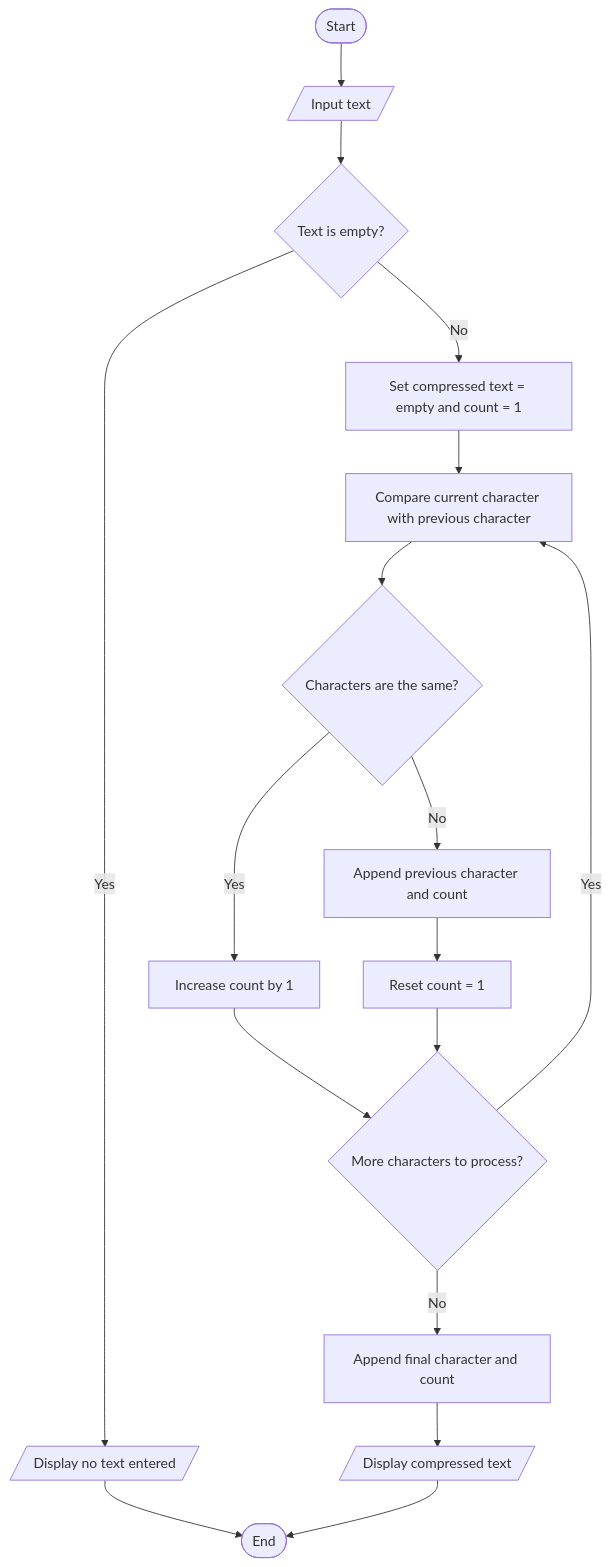
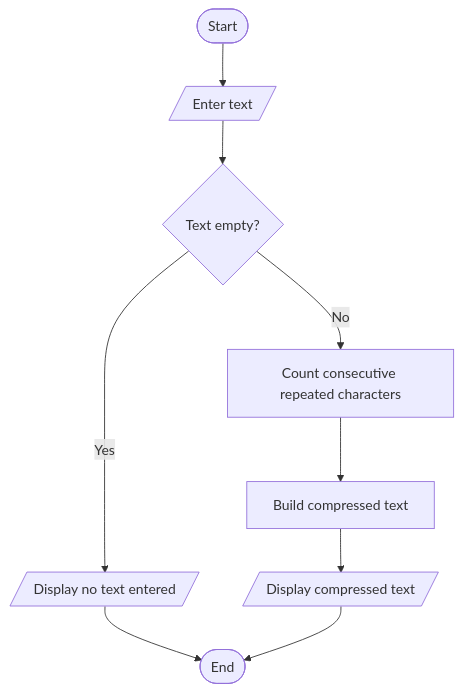
Before and after one commit to AmulyaShaineyCh/ABL-PYTHON: the diagram in 10_Text_Compression/flowchart.md, drawn with Mermaid. The commit also changed other lines of this file, not shown here.

Commit message:
Simplify diagrammatic flowchart for project 10

````diff
--- a/10_Text_Compression/flowchart.md
+++ b/10_Text_Compression/flowchart.md
@@ -3,19 +3,11 @@
 ```mermaid
 flowchart TD
-    A([Start]) --> B[/Input text/]
-    B --> C{Text is empty?}
-    C -- Yes --> D[/Display no text entered/]
-    D --> Z([End])
-    C -- No --> E[Set compressed text = empty and count = 1]
-    E --> F[Compare current character with previous character]
-    F --> G{Characters are the same?}
-    G -- Yes --> H[Increase count by 1]
-    G -- No --> I[Append previous character and count]
-    I --> J[Reset count = 1]
-    H --> K{More characters to process?}
-    J --> K
-    K -- Yes --> F
-    K -- No --> L[Append final character and count]
-    L --> M[/Display compressed text/]
-    M --> Z
+ A([Start]) --> B[/Enter text/]
+ B --> C{Text empty?}
+ C -- Yes --> D[/Display no text entered/]
+ C -- No --> E[Count consecutive repeated characters]
+ E --> F[Build compressed text]
+ F --> G[/Display compressed text/]
+ D --> H([End])
+ G --> H
 ```
````
